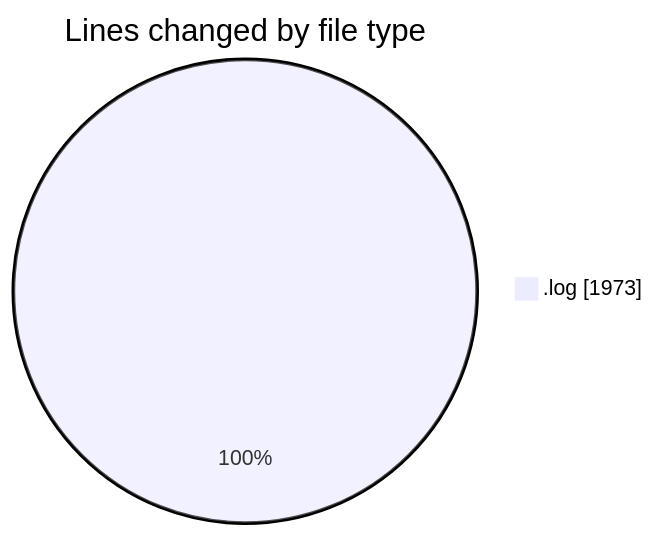
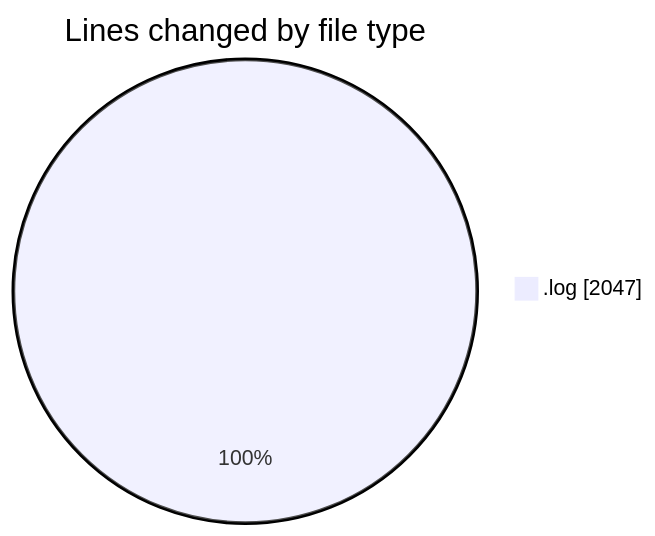
Before and after one commit to Unknowalive/code-tracking: the first of 2 diagrams in 2026-04-20/assignment_2/README.md, drawn with Mermaid. The commit also changed other lines of this file and 1 other file, not shown here.

````diff
--- a/2026-04-20/assignment_2/README.md
+++ b/2026-04-20/assignment_2/README.md
@@ -21,5 +21,5 @@
 ```mermaid
 pie showData
 title Lines changed by file type
-".log" : 1973
+".log" : 2047
 ```
````
